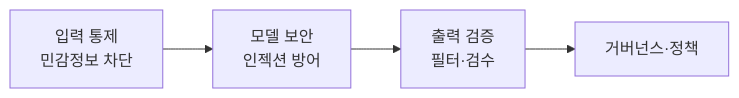
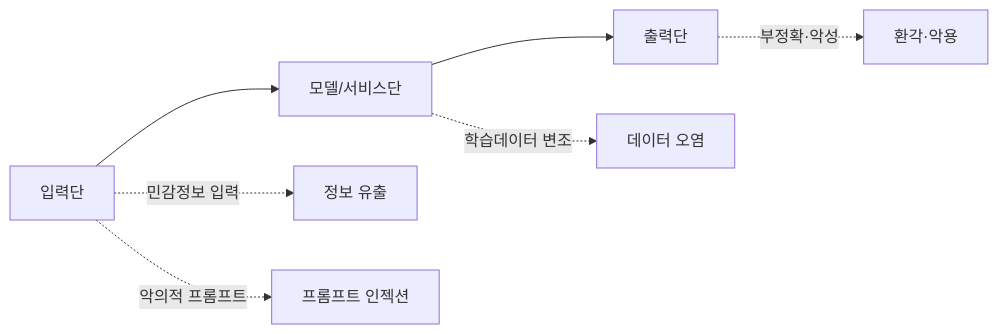
The diagram in content/genai-security.md (coninggu/wjdqhrhksflrltnftk), drawn with Mermaid before and after one commit. The commit also changed other lines of this file and 11 other files, not shown here.

````diff
--- a/content/genai-security.md
+++ b/content/genai-security.md
@@ -23,6 +18,9 @@
 ```mermaid
 flowchart LR
-  I[입력 통제<br/>민감정보 차단] --> M[모델 보안<br/>인젝션 방어]
-  M --> O[출력 검증<br/>필터·검수]
-  O --> G[거버넌스·정책]
+  I[입력단] --> P[모델/서비스단]
+  P --> O[출력단]
+  I -.민감정보 입력.-> R1[정보 유출]
+  I -.악의적 프롬프트.-> R2[프롬프트 인젝션]
+  P -.학습데이터 변조.-> R3[데이터 오염]
+  O -.부정확·악성.-> R4[환각·악용]
 ```
````
